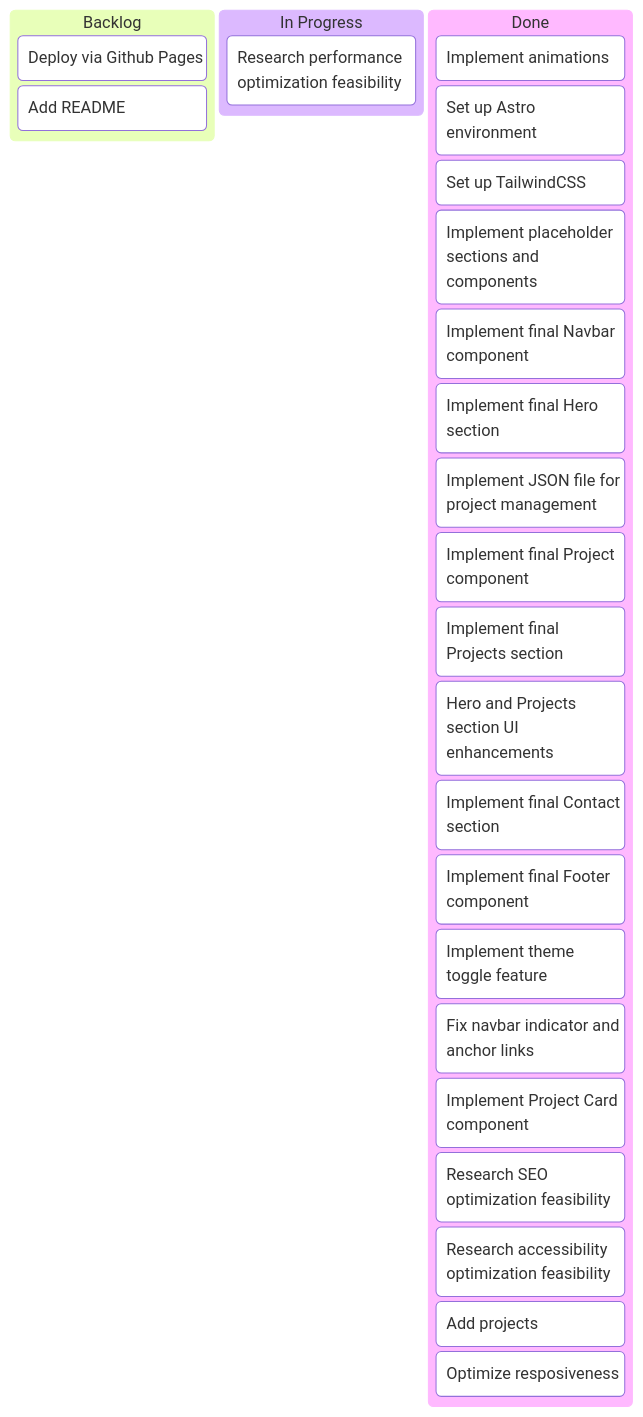
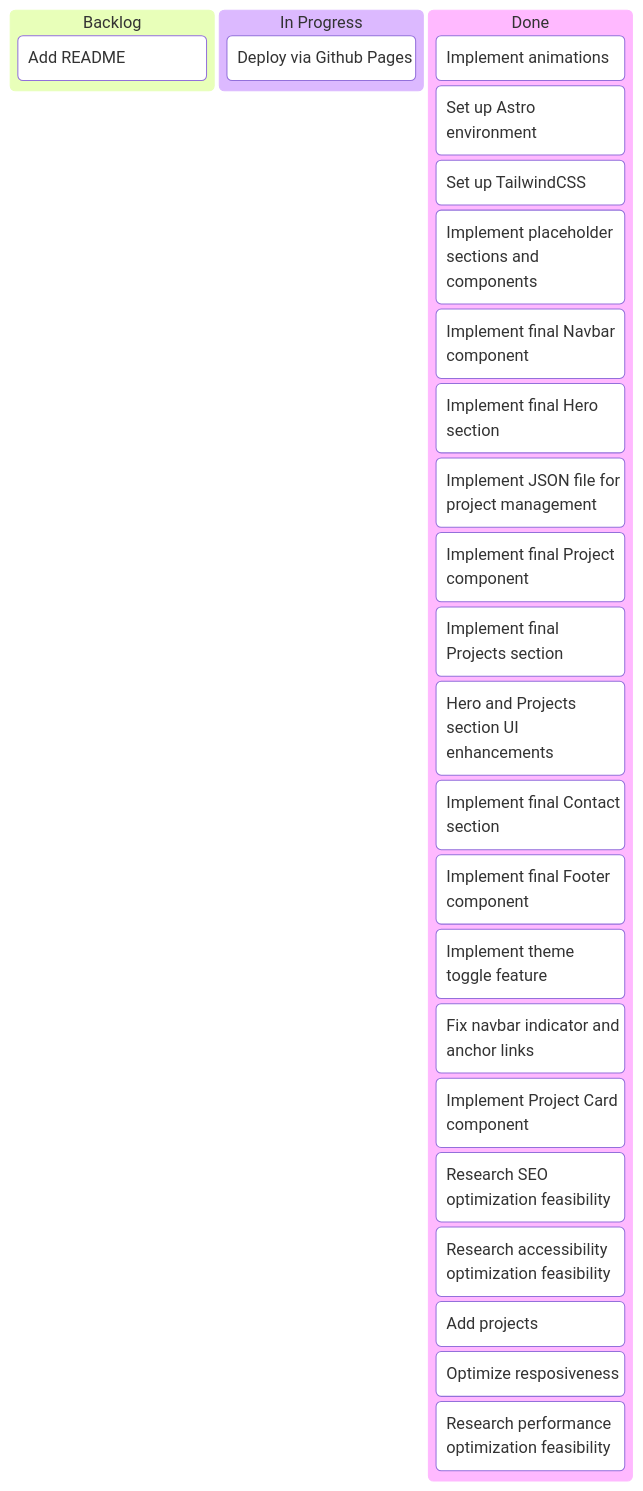
Before and after one commit to CantarinoG/portfolio: the diagram in docs/kanban.md, drawn with Mermaid. The commit also changed other lines of this file and 3 other files, not shown here.

````diff
--- a/docs/kanban.md
+++ b/docs/kanban.md
@@ -1,28 +1,28 @@
 ```mermaid
 kanban
   stage1[Backlog]
-    card20[Deploy via Github Pages]
     card29[Add README]
   stage2[In Progress]
-    card18[Research performance optimization feasibility]
+    card20[Deploy via Github Pages]
   stage3[Done]
     card16[Implement animations]
     card1[Set up Astro environment]
     card24[Set up TailwindCSS]
     card5[Implement placeholder sections and components]
     card6[Implement final Navbar component]
     card7[Implement final Hero section]
     card22[Implement JSON file for project management]
     card8[Implement final Project component]
     card11[Implement final Projects section]
     card26[Hero and Projects section UI enhancements]
     card12[Implement final Contact section]
     card14[Implement final Footer component]
     card15[Implement theme toggle feature]
     card28[Fix navbar indicator and anchor links]
     card27[Implement Project Card component]
     card17[Research SEO optimization feasibility]
     card19[Research accessibility optimization feasibility]
     card25[Add projects]
     card23[Optimize resposiveness]
+    card18[Research performance optimization feasibility]
 ```
````
